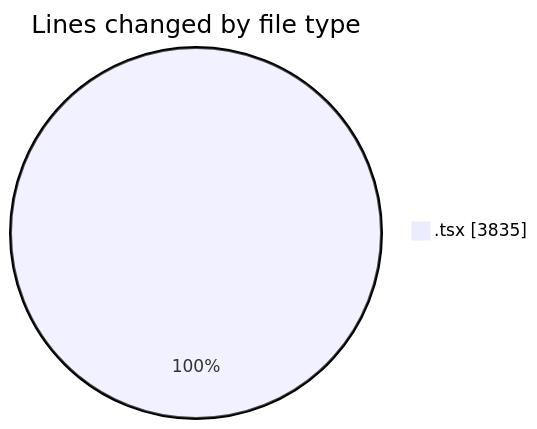
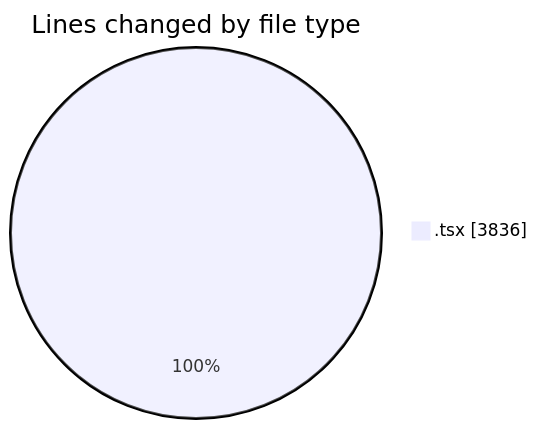
The first of 2 diagrams in 2026-06-18/nxtqube_webapp/README.md (nxtqubesakshisongat/code-tracking), drawn with Mermaid before and after one commit. The commit also changed other lines of this file and 1 other file, not shown here.

````diff
--- a/2026-06-18/nxtqube_webapp/README.md
+++ b/2026-06-18/nxtqube_webapp/README.md
@@ -20,5 +20,5 @@
 ```mermaid
 pie showData
 title Lines changed by file type
-".tsx" : 3835
+".tsx" : 3836
 ```
````
